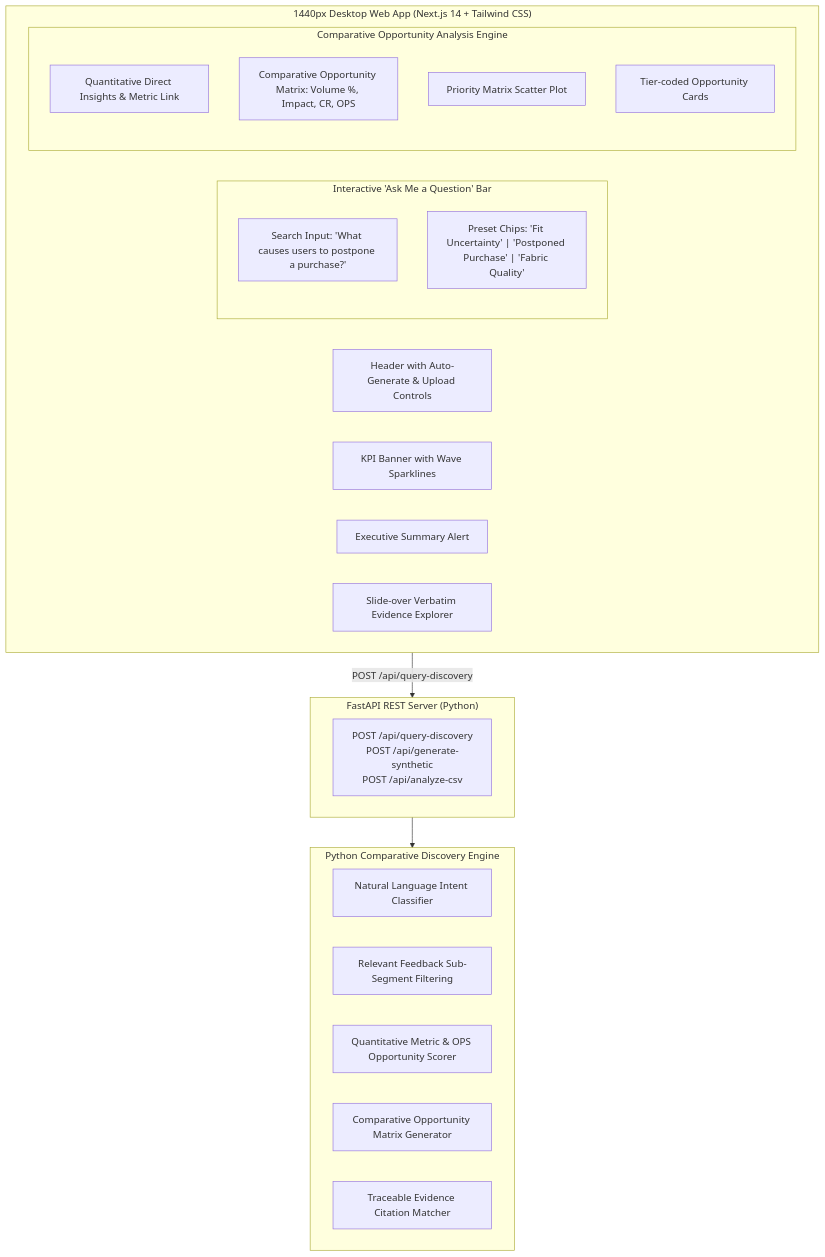
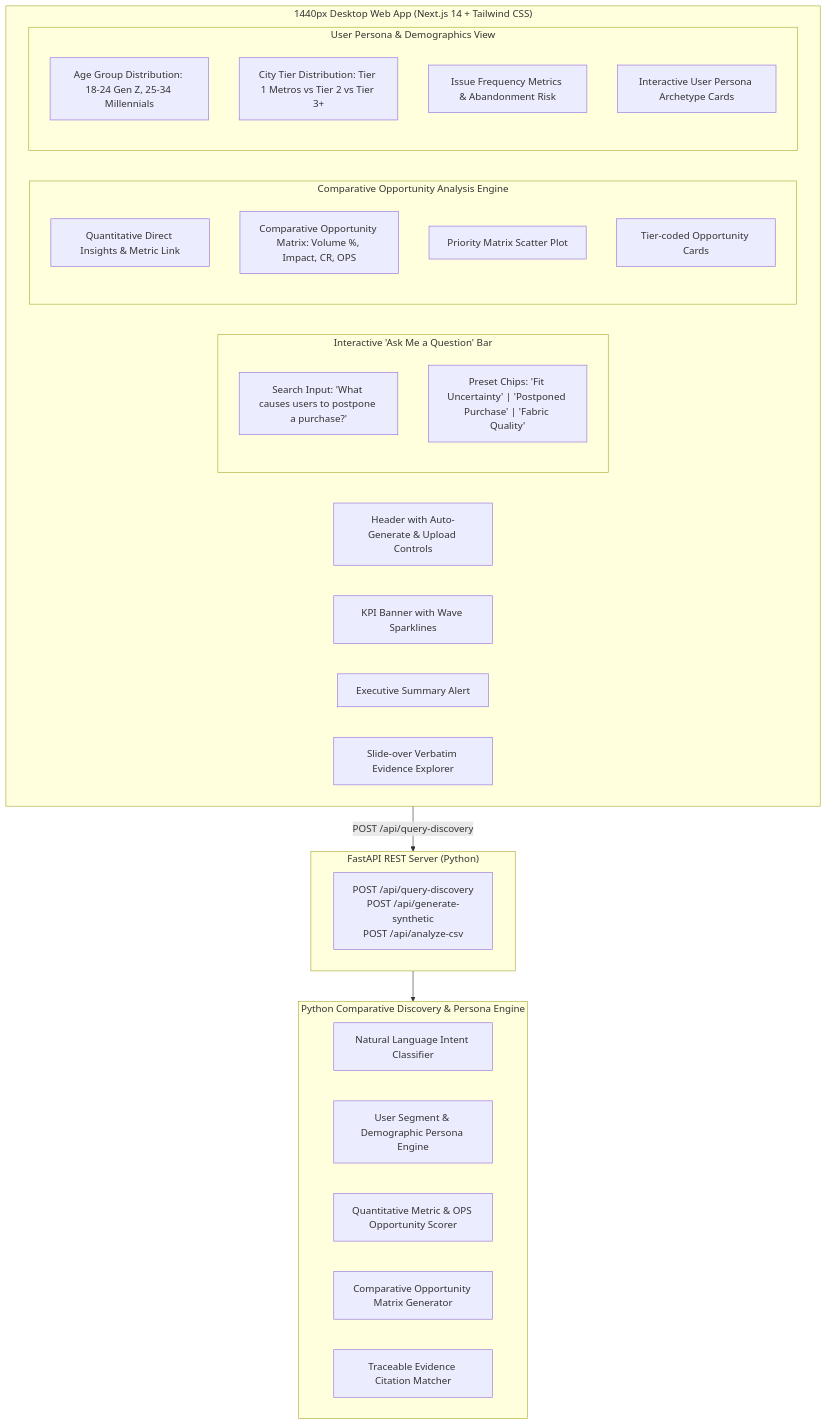
One commit to Teja-Nimushakavi/AI-Powered-Discovery-Engine changed the diagram in implementation_plan.md. Above: the diagram before and after it, drawn with Mermaid. The commit also changed other lines of this file and 20 other files, not shown here.

````diff
--- a/implementation_plan.md
+++ b/implementation_plan.md
@@ -23,38 +21,45 @@
 ```mermaid
 flowchart TB
     subgraph Frontend["1440px Desktop Web App (Next.js 14 + Tailwind CSS)"]
         Nav[Header with Auto-Generate & Upload Controls]
         
         subgraph QueryBar["Interactive 'Ask Me a Question' Bar"]
             Input["Search Input: 'What causes users to postpone a purchase?'"]
             Presets["Preset Chips: 'Fit Uncertainty' | 'Postponed Purchase' | 'Fabric Quality'"]
         end
         
         KPI[KPI Banner with Wave Sparklines]
         Exec[Executive Summary Alert]
         
         subgraph DiscoveryResults["Comparative Opportunity Analysis Engine"]
             DirectAnswer[Quantitative Direct Insights & Metric Link]
             CompareTable[Comparative Opportunity Matrix: Volume %, Impact, CR, OPS]
             Matrix[Priority Matrix Scatter Plot]
             OppCards[Tier-coded Opportunity Cards]
         end
         
+        subgraph DemographicsView["User Persona & Demographics View"]
+            AgeDist[Age Group Distribution: 18-24 Gen Z, 25-34 Millennials]
+            TierDist[City Tier Distribution: Tier 1 Metros vs Tier 2 vs Tier 3+]
+            FreqDist[Issue Frequency Metrics & Abandonment Risk]
+            PersonaCards[Interactive User Persona Archetype Cards]
+        end
+
         Drawer[Slide-over Verbatim Evidence Explorer]
     end
 
     subgraph RESTAPI["FastAPI REST Server (Python)"]
         Endpoints["POST /api/query-discovery\nPOST /api/generate-synthetic\nPOST /api/analyze-csv"]
     end
 
-    subgraph QueryEngine["Python Comparative Discovery Engine"]
+    subgraph QueryEngine["Python Comparative Discovery & Persona Engine"]
         QueryClassifier[Natural Language Intent Classifier]
-        SignalFilter[Relevant Feedback Sub-Segment Filtering]
+        PersonaMapper[User Segment & Demographic Persona Engine]
         QuantAnalyzer[Quantitative Metric & OPS Opportunity Scorer]
         ComparativeSynthesizer[Comparative Opportunity Matrix Generator]
         CitationMatcher[Traceable Evidence Citation Matcher]
     end
 
     Frontend --> |POST /api/query-discovery| RESTAPI
     RESTAPI --> QueryEngine
 ```
````
